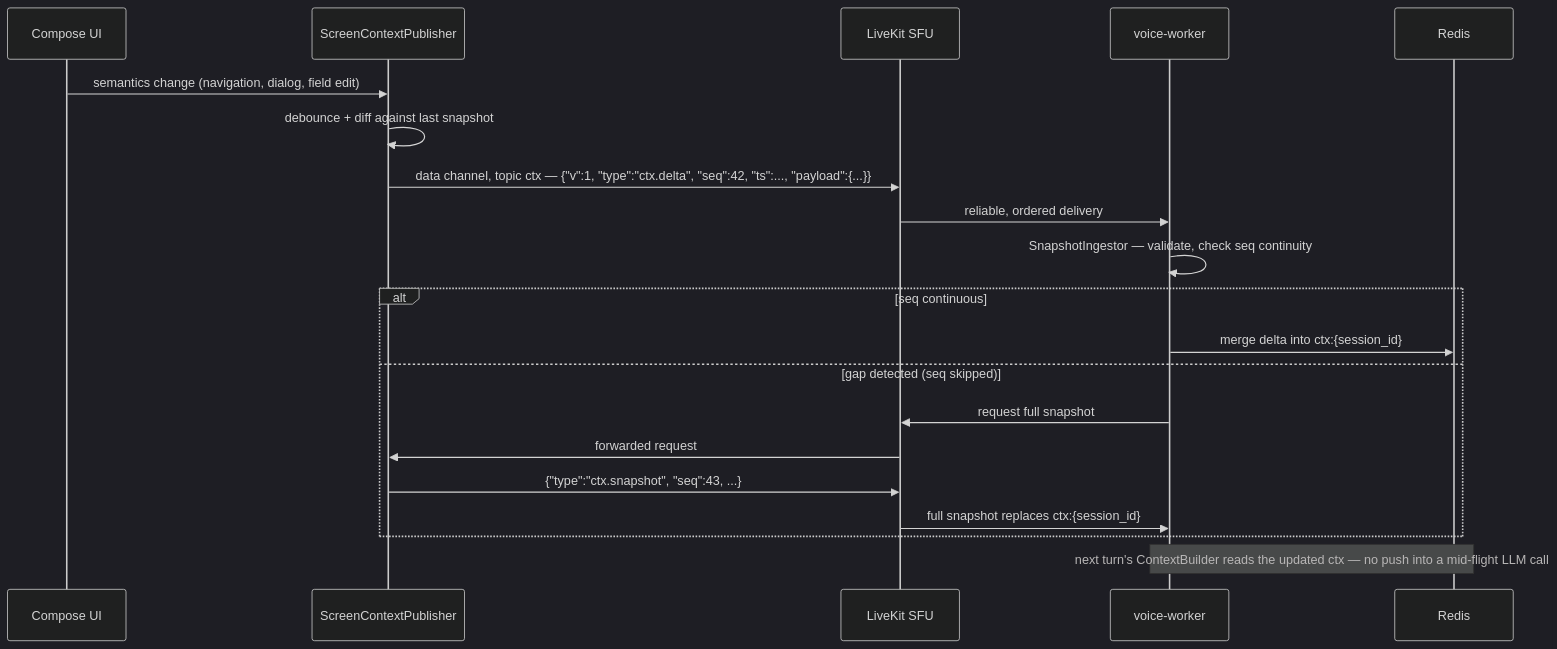
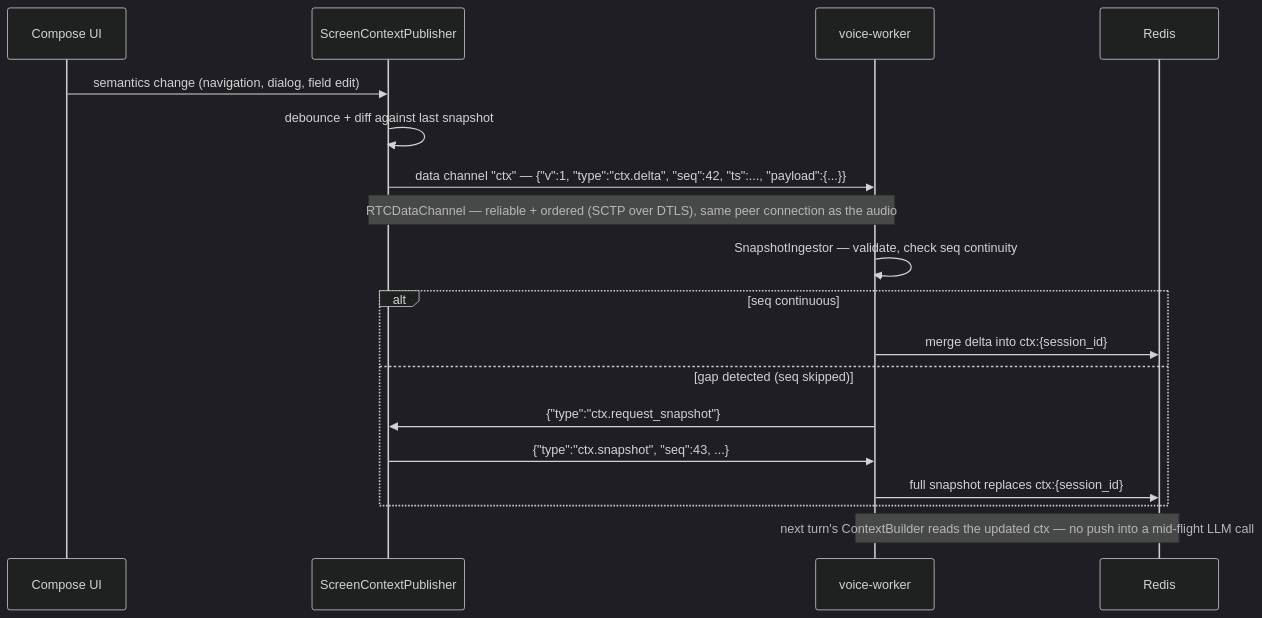
One commit to bibekanandan892/vyaparpay-voice-agent changed the fifth of 5 diagrams in docs/02-system-architecture.md. Above: the diagram before and after it, drawn with Mermaid (dark theme). The commit also changed other lines of this file and 22 other files, not shown here.

First line of the commit message:
refactor(arch): replace LiveKit with raw WebRTC (libwebrtc + aiortc)

````diff
--- a/docs/02-system-architecture.md
+++ b/docs/02-system-architecture.md
@@ -196,22 +209,20 @@
 ```mermaid
 sequenceDiagram
     participant UI as Compose UI
     participant Pub as ScreenContextPublisher
-    participant LK as LiveKit SFU
     participant W as voice-worker
     participant RD as Redis
     UI->>Pub: semantics change (navigation, dialog, field edit)
     Pub->>Pub: debounce + diff against last snapshot
-    Pub->>LK: data channel, topic ctx — {"v":1, "type":"ctx.delta", "seq":42, "ts":..., "payload":{...}}
-    LK->>W: reliable, ordered delivery
+    Pub->>W: data channel "ctx" — {"v":1, "type":"ctx.delta", "seq":42, "ts":..., "payload":{...}}
+    Note over Pub,W: RTCDataChannel — reliable + ordered (SCTP over DTLS), same peer connection as the audio
     W->>W: SnapshotIngestor — validate, check seq continuity
     alt seq continuous
         W->>RD: merge delta into ctx:{session_id}
     else gap detected (seq skipped)
-        W->>LK: request full snapshot
-        LK->>Pub: forwarded request
-        Pub->>LK: {"type":"ctx.snapshot", "seq":43, ...}
-        LK->>W: full snapshot replaces ctx:{session_id}
+        W->>Pub: {"type":"ctx.request_snapshot"}
+        Pub->>W: {"type":"ctx.snapshot", "seq":43, ...}
+        W->>RD: full snapshot replaces ctx:{session_id}
     end
     Note over W,RD: next turn's ContextBuilder reads the updated ctx — no push into a mid-flight LLM call
 ```
````
